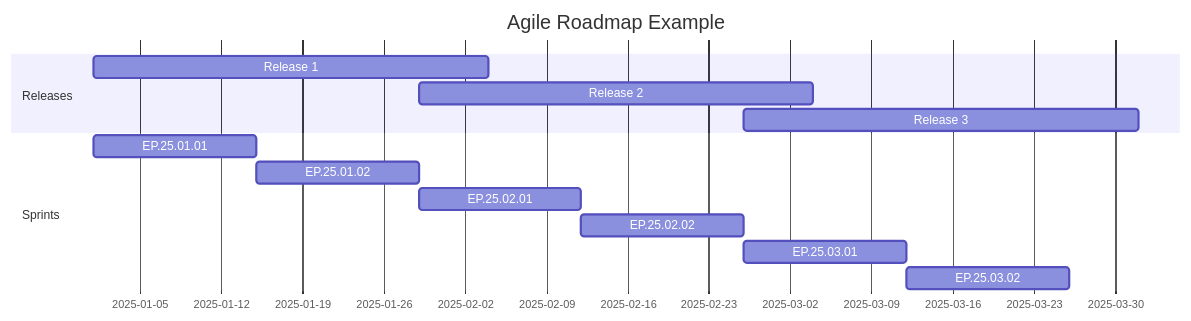
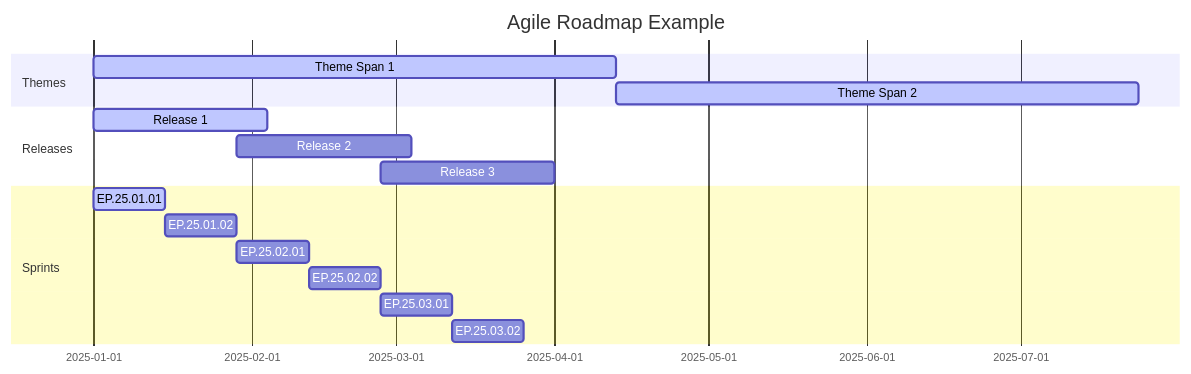
Before and after one commit to bigbird023/bigbird023.github.io: the diagram in knowledge/projectmanagement/agile/roadmap.md, drawn with Mermaid. The commit also changed other lines of this file and 11 other files, not shown here.

```diff
--- a/knowledge/projectmanagement/agile/roadmap.md
+++ b/knowledge/projectmanagement/agile/roadmap.md
@@ -30,16 +30,19 @@
 <div class="mermaid">
 gantt
     title Agile Roadmap Example
-    dateFormat  YYYY-MM-DD
+    dateFormat  YYYY-MM
+    section Themes
+    Theme Span 1       :active, t1, 2025-01-01, 102d
+    Theme Span 2       :active, t2, after t1, 102d
     section Releases
-    Release 1        :a1, 2025-01-01, 34d
+    Release 1        :active, a1, 2025-01-01, 34d
     Release 2        :a2, after s2, 34d
     Release 3        :a3, after s4, 34d
     section Sprints
-    EP.25.01.01      :s1, 2025-01-01, 14d
+    EP.25.01.01      :active, s1, 2025-01-01, 14d
     EP.25.01.02      :s2, after s1, 14d
     EP.25.02.01      :s3, after s2, 14d
     EP.25.02.02      :s4, after s3, 14d
     EP.25.03.01      :s5, after s4, 14d
     EP.25.03.02      :s6, after s5, 14d
 </div>
```
